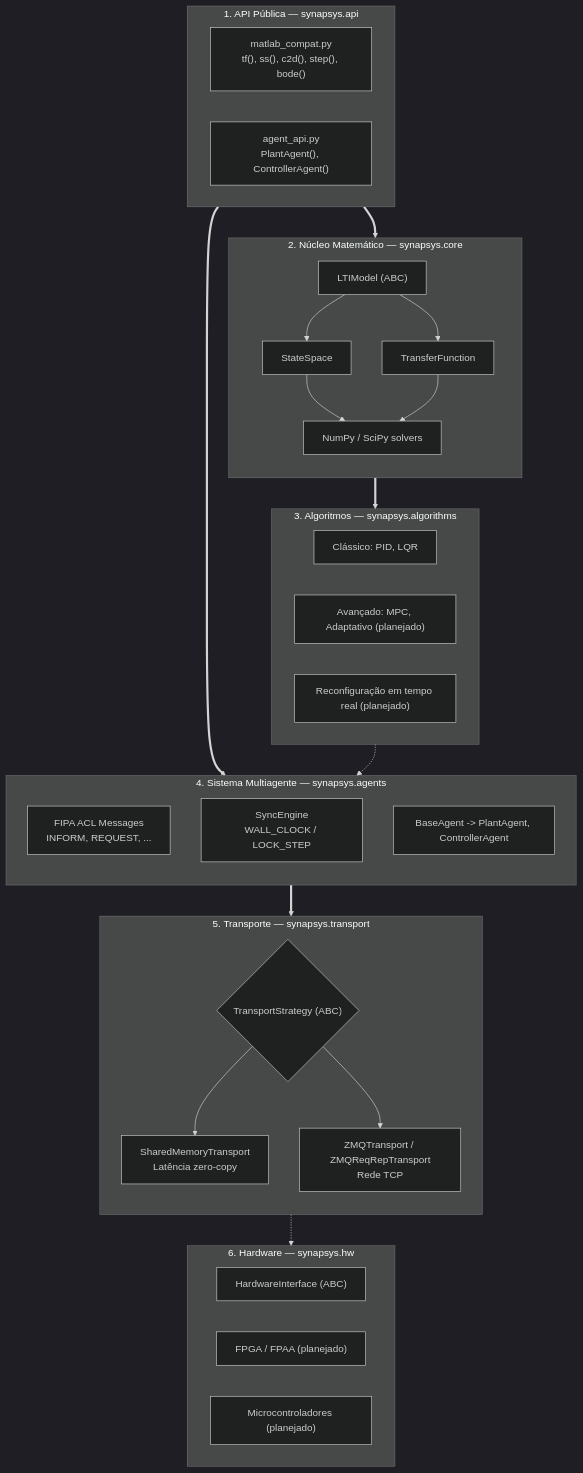
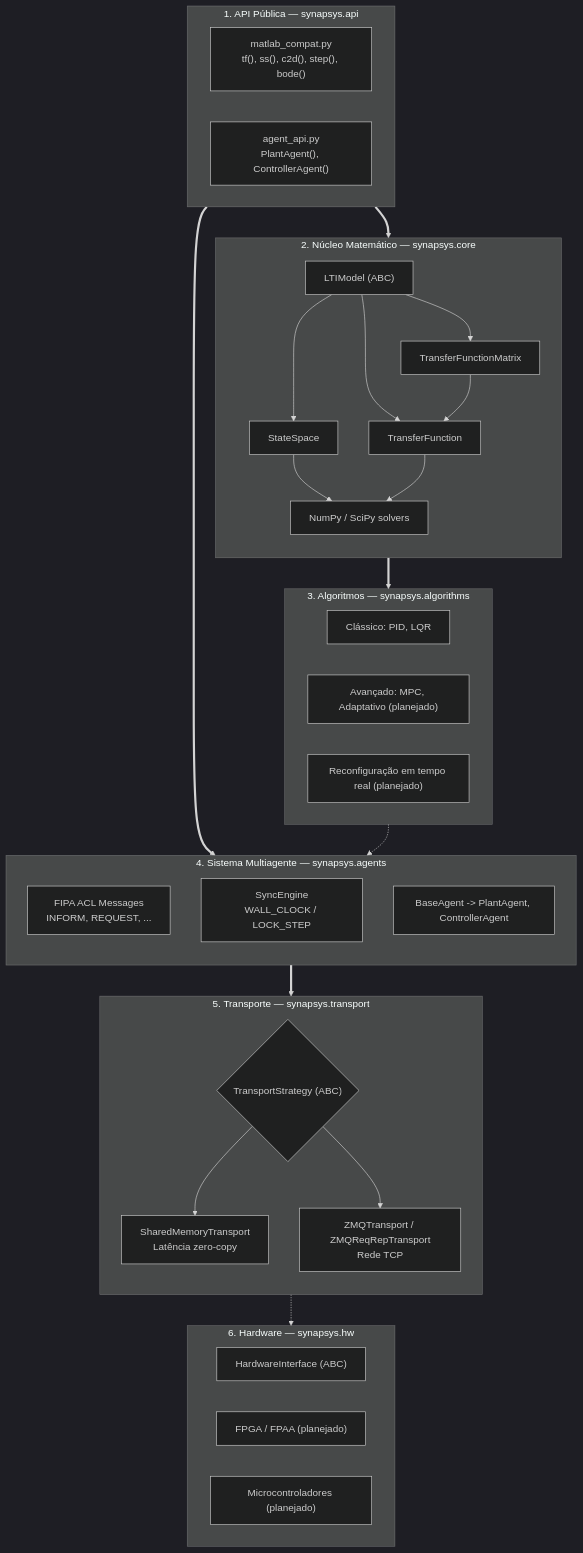
Before and after one commit to synapsys-lab/synapsys: the diagram in website/i18n/pt/docusaurus-plugin-content-docs/current/architecture.md, drawn with Mermaid. The commit also changed other lines of this file and 20 other files, not shown here.

````diff
--- a/website/i18n/pt/docusaurus-plugin-content-docs/current/architecture.md
+++ b/website/i18n/pt/docusaurus-plugin-content-docs/current/architecture.md
@@ -13,58 +13,61 @@
 ```mermaid
 %%{init: {'theme': 'dark'}}%%
 flowchart TB
     subgraph UserAPI["1. API Pública — synapsys.api"]
         direction LR
         UI1["matlab_compat.py\ntf(), ss(), c2d(), step(), bode()"]
         UI2["agent_api.py\nPlantAgent(), ControllerAgent()"]
     end
 
     subgraph CoreMath["2. Núcleo Matemático — synapsys.core"]
         direction TB
         M1["LTIModel (ABC)"]
         M2["StateSpace"]
         M3["TransferFunction"]
+        M5["TransferFunctionMatrix"]
         M4["NumPy / SciPy solvers"]
         M1 --> M2
         M1 --> M3
+        M1 --> M5
         M2 --> M4
         M3 --> M4
+        M5 --> M3
     end
 
     subgraph ControlLogic["3. Algoritmos — synapsys.algorithms"]
         direction LR
         C1["Clássico: PID, LQR"]
         C2["Avançado: MPC, Adaptativo (planejado)"]
         C3["Reconfiguração em tempo real (planejado)"]
     end
 
     subgraph MAS["4. Sistema Multiagente — synapsys.agents"]
         direction TB
         A1["FIPA ACL Messages\nINFORM, REQUEST, ..."]
         A2["SyncEngine\nWALL_CLOCK / LOCK_STEP"]
         A3["BaseAgent -> PlantAgent, ControllerAgent"]
     end
 
     subgraph Transport["5. Transporte — synapsys.transport"]
         direction TB
         T1{"TransportStrategy (ABC)"}
         T2["SharedMemoryTransport\nLatência zero-copy"]
         T3["ZMQTransport / ZMQReqRepTransport\nRede TCP"]
         T1 --> T2
         T1 --> T3
     end
 
     subgraph Hardware["6. Hardware — synapsys.hw"]
         direction LR
         H1["HardwareInterface (ABC)"]
         H2["FPGA / FPAA (planejado)"]
         H3["Microcontroladores (planejado)"]
     end
 
     UserAPI ==> CoreMath
     UserAPI ==> MAS
     CoreMath ==> ControlLogic
     MAS ==> Transport
     Transport -.-> Hardware
     ControlLogic -.-> MAS
 ```
````
